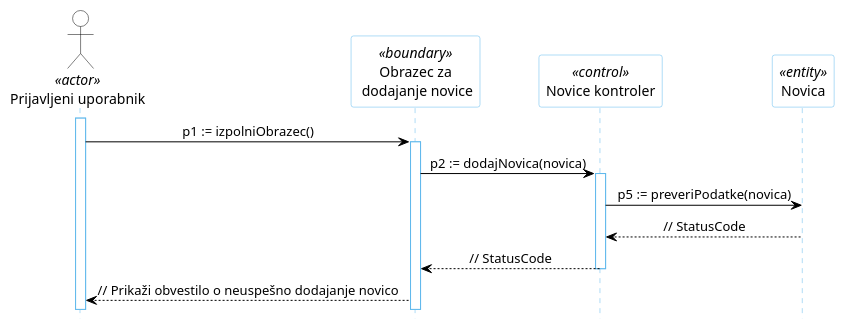
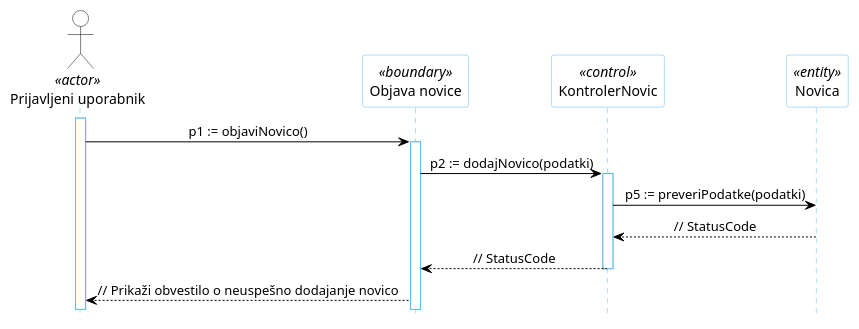
Before and after one commit to kupinah/test-tpo: the diagram in docs/gradivo/plantuml/DZ/dodajanje-novica-alternativni.puml, drawn with PlantUML. The commit also changed other lines of this file and 10 other files, not shown here.

```diff
--- a/docs/gradivo/plantuml/DZ/dodajanje-novica-alternativni.puml
+++ b/docs/gradivo/plantuml/DZ/dodajanje-novica-alternativni.puml
@@ -1,29 +1,29 @@
 @startuml
 hide footbox
 
 skinparam backgroundcolor transparent
 skinparam defaultTextAlignment center
 skinparam actorBorderColor black
 skinparam actorBackgroundColor white
 skinparam arrowColor black
 skinparam sequenceLifeLineBorderColor #5FB8EC
 skinparam sequenceParticipantBorderColor #5FB8EC
 skinparam sequenceParticipantBackgroundColor white
 
 actor "Prijavljeni uporabnik" AS U1 <<actor>>
 
-participant "Obrazec za\n dodajanje novice" as R5 <<boundary>>
-participant "Novice kontroler" as R2 <<control>>
+participant "Objava novice" as R5 <<boundary>>
+participant "KontrolerNovic" as R2 <<control>>
 participant "Novica" as R4 <<entity>>
 
 activate U1
-U1 -> R5: p1 := izpolniObrazec()
+U1 -> R5: p1 := objaviNovico()
 activate R5
-R5 -> R2: p2 := dodajNovica(novica)
+R5 -> R2: p2 := dodajNovico(podatki)
 activate R2
-R2 -> R4: p5 := preveriPodatke(novica)
+R2 -> R4: p5 := preveriPodatke(podatki)
 R4 --> R2: // StatusCode
 R2 --> R5: // StatusCode
 deactivate R2
 R5 --> U1: // Prikaži obvestilo o neuspešno dodajanje novico
 @enduml
```
